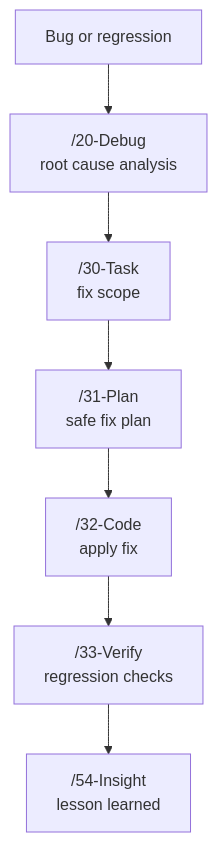
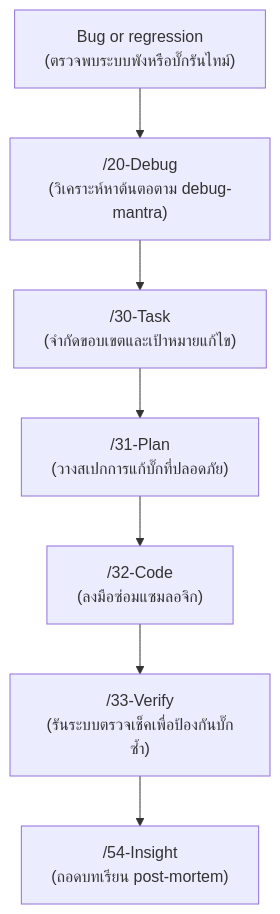
The fifth of 6 diagrams in README.md (Jakkrich/nexus-devflow), drawn with Mermaid before and after one commit. The commit also changed other lines of this file and 12 other files, not shown here.

Commit message:
docs: add project architectural diagrams and update gitignore to track design assets

````diff
--- a/README.md
+++ b/README.md
@@ -132,17 +292,17 @@
 ```mermaid
 flowchart TD
-    Symptom["Bug or regression"]
-    Debug["/20-Debug<br/>root cause analysis"]
-    Task["/30-Task<br/>fix scope"]
-    Plan["/31-Plan<br/>safe fix plan"]
-    Code["/32-Code<br/>apply fix"]
-    Verify["/33-Verify<br/>regression checks"]
-    Insight["/54-Insight<br/>lesson learned"]
-
+    Symptom["Bug or regression<br/>(ตรวจพบระบบพังหรือบั๊กรันไทม์)"]
+    Debug["/20-Debug<br/>(วิเคราะห์หาต้นตอตาม debug-mantra)"]
+    Task["/30-Task<br/>(จำกัดขอบเขตและเป้าหมายแก้ไข)"]
+    Plan["/31-Plan<br/>(วางสเปกการแก้บั๊กที่ปลอดภัย)"]
+    Code["/32-Code<br/>(ลงมือซ่อมแซมลอจิก)"]
+    Verify["/33-Verify<br/>(รันระบบตรวจเช็คเพื่อป้องกันบั๊กซ้ำ)"]
+    Insight["/54-Insight<br/>(ถอดบทเรียน post-mortem)"]
+ 
     Symptom --> Debug
     Debug --> Task
     Task --> Plan
     Plan --> Code
     Code --> Verify
     Verify --> Insight
 ```
````
